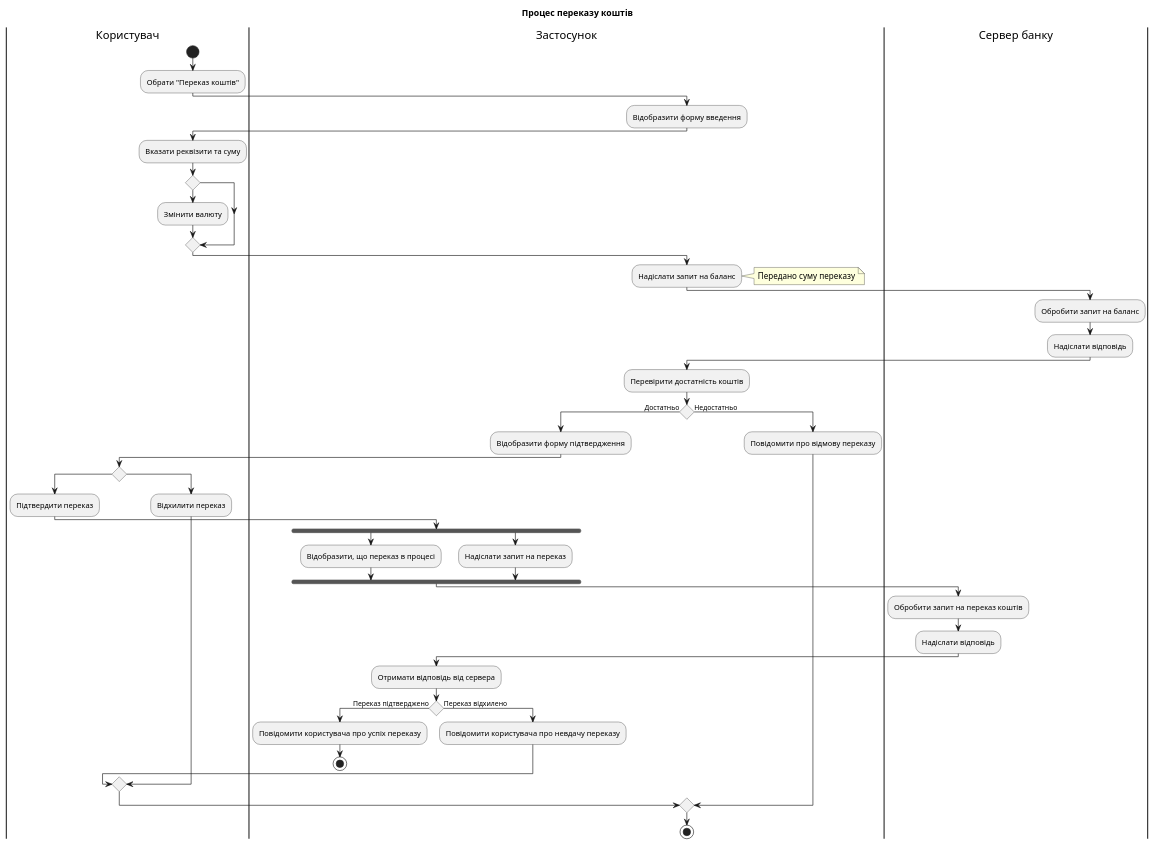
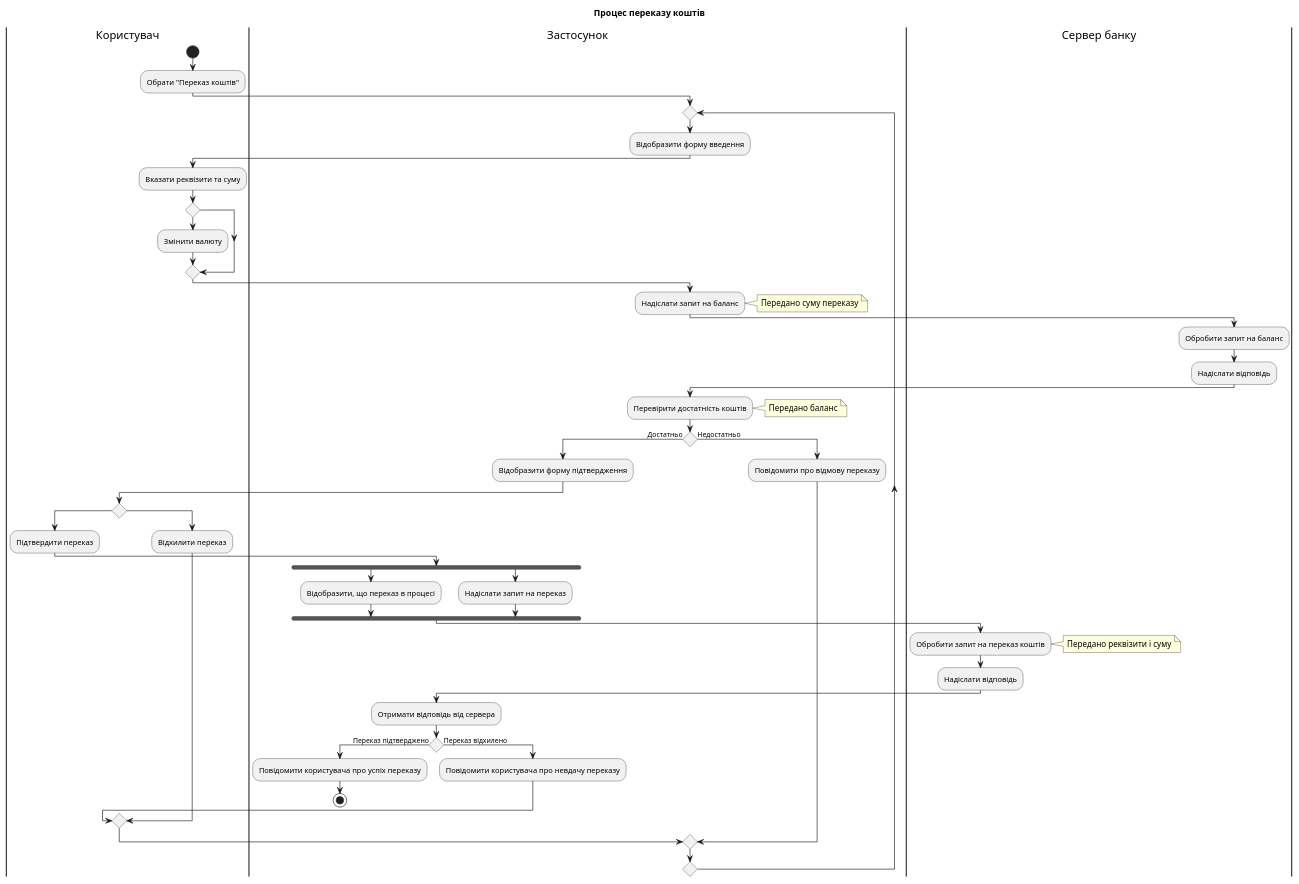
One commit to MihajloVat/KPI_labs_3_sem changed the diagram in lab4/activity/transaction_activity.puml. Above: the diagram before and after it, drawn with PlantUML.

Commit message:
done activity puml

```diff
--- a/lab4/activity/transaction_activity.puml
+++ b/lab4/activity/transaction_activity.puml
@@ -1,78 +1,86 @@
 @startuml
 title Процес переказу коштів
 
 |Користувач|
 start
 
 :Обрати "Переказ коштів";
 
 |Застосунок|
+  repeat
 :Відобразити форму введення;
 
 |Користувач|
 :Вказати реквізити та суму;
 
 if ()
     :Змінити валюту;
 endif
 
 |Застосунок|
 
 :Надіслати запит на баланс;
 note right
   Передано суму переказу
 end note
 
 |Сервер банку|
 :Обробити запит на баланс;
 :Надіслати відповідь;
 
 |Застосунок|
 :Перевірити достатність коштів;
+note right
+  Передано баланс
+end note
 
 if () then (Достатньо)
 
 
     |Застосунок|
     :Відобразити форму підтвердження;
 
     |Користувач|
 
 
     if ()
         :Підтвердити переказ;
 
         |Застосунок|
 
         fork
   :Відобразити, що переказ в процесі;
 fork again
   :Надіслати запит на переказ;
 end fork
 
     |Сервер банку|
     :Обробити запит на переказ коштів;
+    note right
+      Передано реквізити і суму
+    end note
     :Надіслати відповідь;
 
         |Застосунок|
     :Отримати відповідь від сервера;
 
         if () then (Переказ підтверджено)
         :Повідомити користувача про успіх переказу;
         stop
     else (Переказ відхилено)
         :Повідомити користувача про невдачу переказу;
     endif
 
     else ()
             |Користувач|
         :Відхилити переказ;
     endif
 
 else (Недостатньо)
     |Застосунок|
     :Повідомити про відмову переказу;
 endif
 
-stop
+  repeat while ()
+
 @enduml
```
